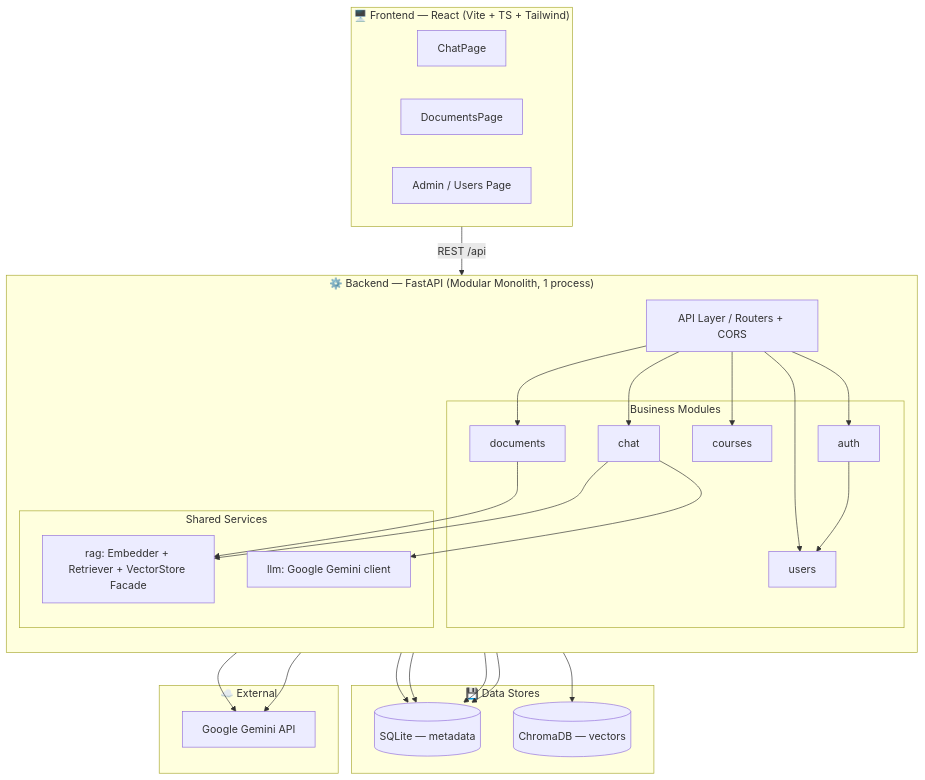
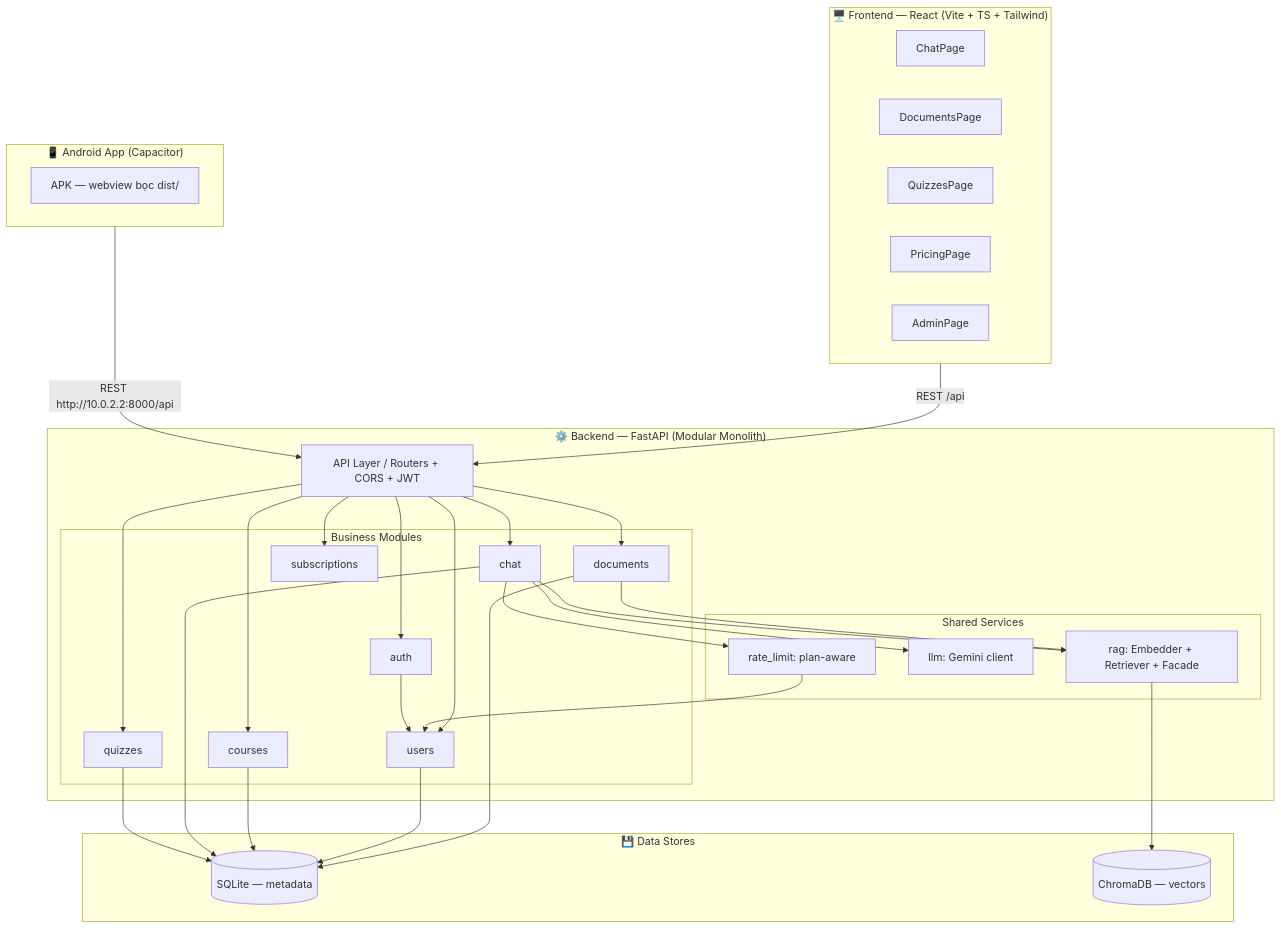
The sixth of 8 diagrams in readme.md (Scobydoo1/swd), drawn with Mermaid before and after one commit. The commit also changed other lines of this file, not shown here.

````diff
--- a/readme.md
+++ b/readme.md
@@ -324,49 +292,51 @@
 ```mermaid
 graph TB
     subgraph Client["🖥️ Frontend — React (Vite + TS + Tailwind)"]
         CP[ChatPage]
         DP[DocumentsPage]
-        AP[Admin / Users Page]
+        QP[QuizzesPage]
+        PP[PricingPage]
+        AP[AdminPage]
     end
 
-    subgraph Backend["⚙️ Backend — FastAPI (Modular Monolith, 1 process)"]
-        direction TB
-        API[API Layer / Routers + CORS]
+    subgraph Android["📱 Android App (Capacitor)"]
+        APK[APK — webview bọc dist/]
+    end
+
+    subgraph Backend["⚙️ Backend — FastAPI (Modular Monolith)"]
+        API[API Layer / Routers + CORS + JWT]
 
         subgraph Modules["Business Modules"]
             AUTH[auth]
             USERS[users]
             DOCS[documents]
             COURSES[courses]
             CHAT[chat]
+            QUIZ[quizzes]
+            SUB[subscriptions]
         end
 
         subgraph Shared["Shared Services"]
-            RAG[rag: Embedder + Retriever + VectorStore Facade]
-            LLMW[llm: Google Gemini client]
+            RAG[rag: Embedder + Retriever + Facade]
+            LLMW[llm: Gemini client]
+            RL[rate_limit: plan-aware]
         end
     end
 
     subgraph Data["💾 Data Stores"]
         SQLITE[(SQLite — metadata)]
         CHROMA[(ChromaDB — vectors)]
     end
 
-    subgraph External["☁️ External"]
-        GEMINI[Google Gemini API]
-    end
-
     Client -->|REST /api| API
-    API --> AUTH & USERS & DOCS & COURSES & CHAT
+    Android -->|REST http://10.0.2.2:8000/api| API
+    API --> AUTH & USERS & DOCS & COURSES & CHAT & QUIZ & SUB
     DOCS --> RAG
     CHAT --> RAG
     CHAT --> LLMW
+    CHAT --> RL
+    RL --> USERS
     AUTH --> USERS
-    DOCS --> SQLITE
-    USERS --> SQLITE
-    COURSES --> SQLITE
-    CHAT --> SQLITE
+    DOCS & USERS & COURSES & CHAT & QUIZ --> SQLITE
     RAG --> CHROMA
-    RAG --> GEMINI
-    LLMW --> GEMINI
 ```
````
